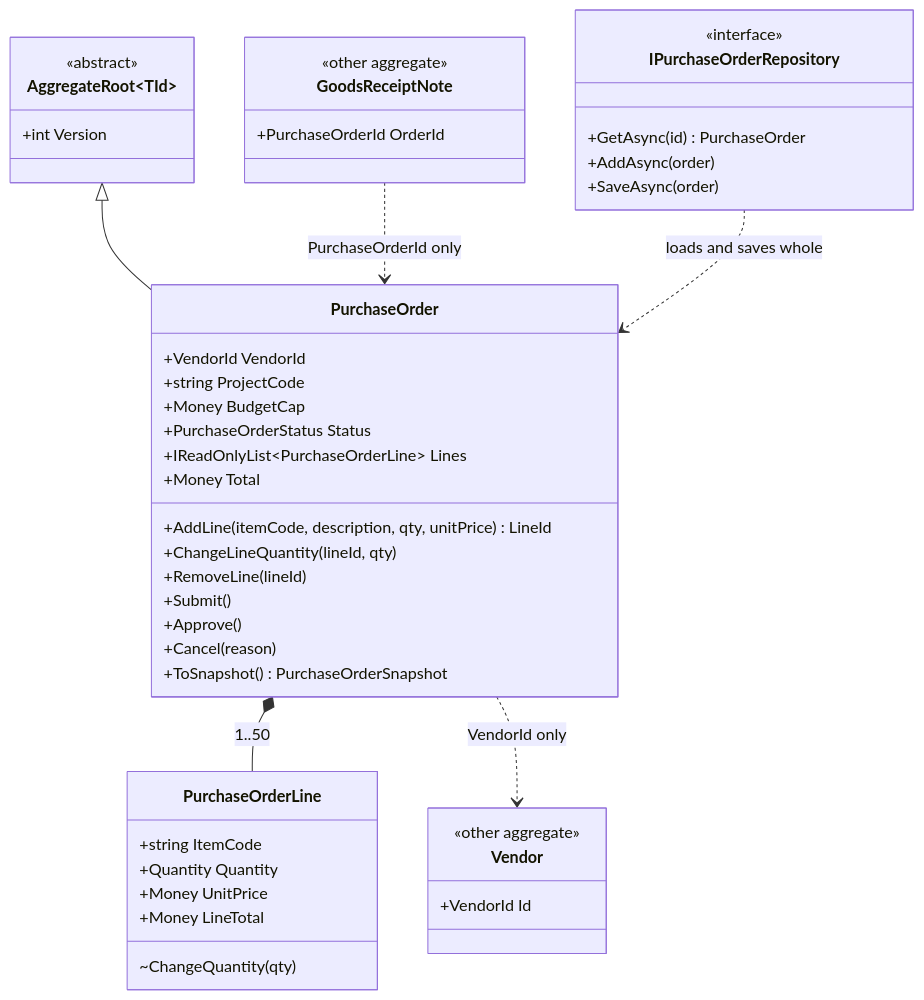
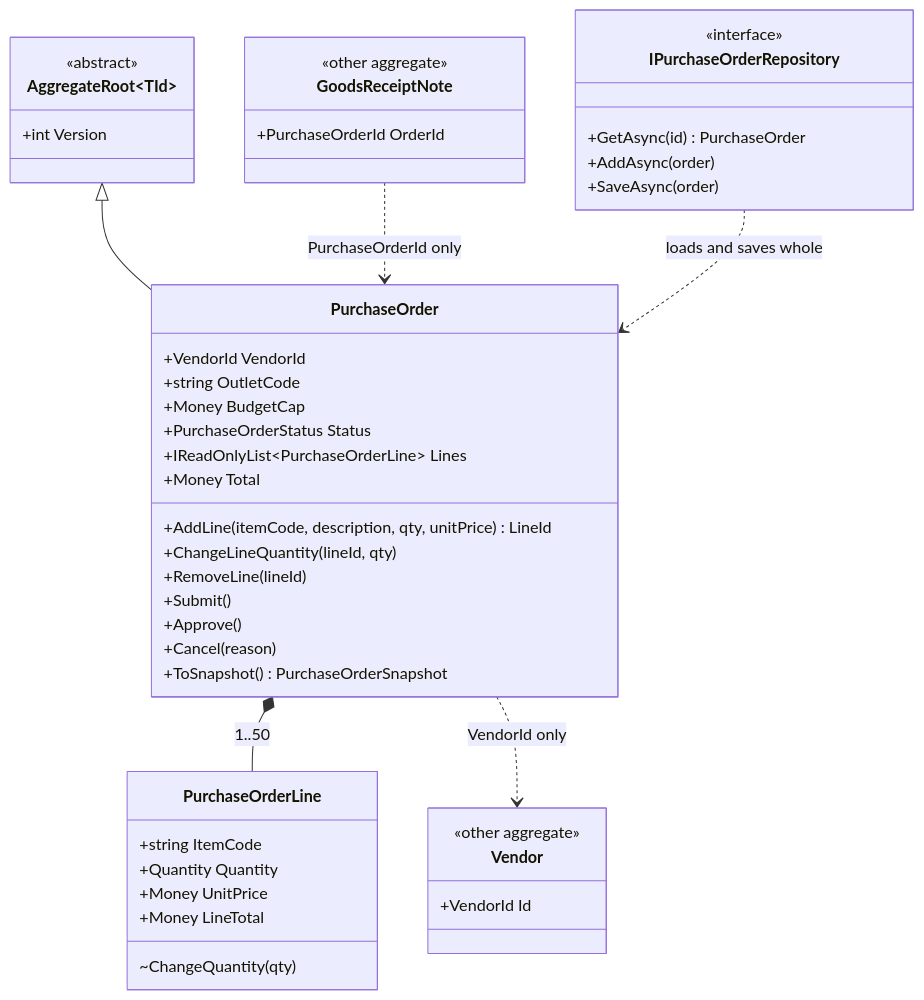
Before and after one commit to rizwi0786/system-design-lab: the first of 3 diagrams in content/lessons/m08/m08-aggregates.md, drawn with Mermaid. The commit also changed other lines of this file and 334 other files, not shown here.

````diff
--- a/content/lessons/m08/m08-aggregates.md
+++ b/content/lessons/m08/m08-aggregates.md
@@ -135,48 +135,48 @@
 ```mermaid
 classDiagram
     class AggregateRoot~TId~ {
         <<abstract>>
         +int Version
     }
     class PurchaseOrder {
         +VendorId VendorId
-        +string ProjectCode
+        +string OutletCode
         +Money BudgetCap
         +PurchaseOrderStatus Status
         +IReadOnlyList~PurchaseOrderLine~ Lines
         +Money Total
         +AddLine(itemCode, description, qty, unitPrice) LineId
         +ChangeLineQuantity(lineId, qty)
         +RemoveLine(lineId)
         +Submit()
         +Approve()
         +Cancel(reason)
         +ToSnapshot() PurchaseOrderSnapshot
     }
     class PurchaseOrderLine {
         +string ItemCode
         +Quantity Quantity
         +Money UnitPrice
         +Money LineTotal
         ~ChangeQuantity(qty)
     }
     class Vendor {
         <<other aggregate>>
         +VendorId Id
     }
     class GoodsReceiptNote {
         <<other aggregate>>
         +PurchaseOrderId OrderId
     }
     class IPurchaseOrderRepository {
         <<interface>>
         +GetAsync(id) PurchaseOrder
         +AddAsync(order)
         +SaveAsync(order)
     }
     AggregateRoot~TId~ <|-- PurchaseOrder
     PurchaseOrder *-- PurchaseOrderLine : 1..50
     PurchaseOrder ..> Vendor : VendorId only
     GoodsReceiptNote ..> PurchaseOrder : PurchaseOrderId only
     IPurchaseOrderRepository ..> PurchaseOrder : loads and saves whole
 ```
````
